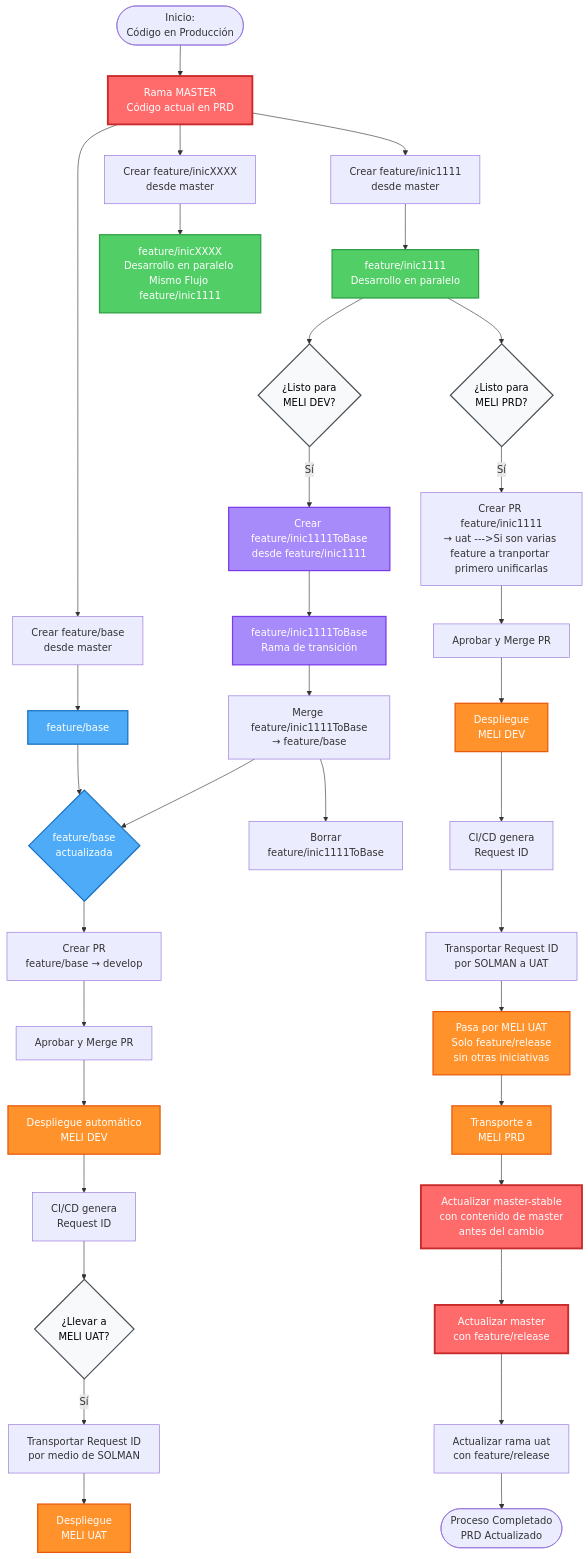
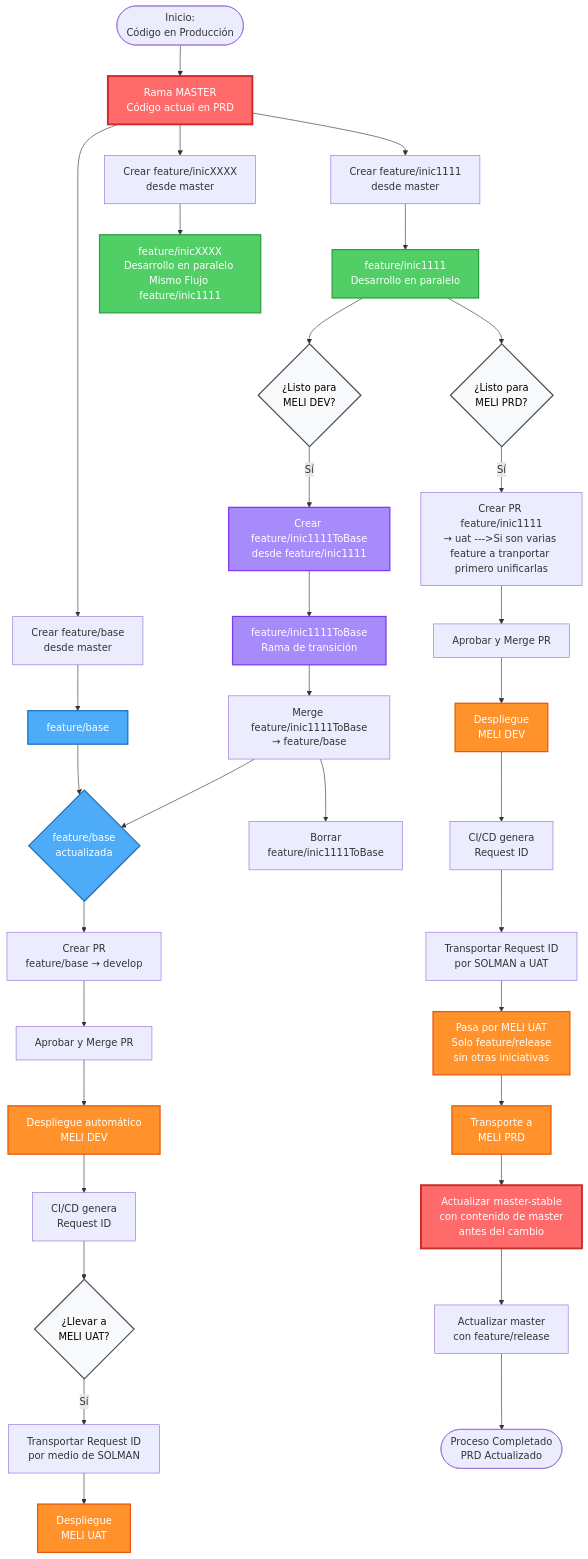
The second of 2 diagrams in flujo-github-paralelo.md (jajaramillo/flujo-github-paralelo), drawn with Mermaid before and after one commit.

Commit message:
Refactor update flow in GitHub process diagram

````diff
--- a/flujo-github-paralelo.md
+++ b/flujo-github-paralelo.md
@@ -85,72 +85,71 @@
 ```mermaid
 flowchart TD
     Start([Inicio:<br/>Código en Producción]) --> Master[Rama MASTER<br/>Código actual en PRD]
     
     
     Master --> CreateBase[Crear feature/base<br/>desde master]
     Master --> CreateDev1[Crear feature/inic1111<br/>desde master]    
     Master --> CreateDevN[Crear feature/inicXXXX<br/>desde master]
        
     CreateBase --> Base[feature/base]
     CreateDev1 --> Dev1[feature/inic1111<br/>Desarrollo en paralelo]    
     CreateDevN --> DevN[feature/inicXXXX<br/>Desarrollo en paralelo Mismo Flujo feature/inic1111]
     
     %% Flujo para MELI DEV
     Dev1 --> DecisionDev1{¿Listo para<br/>MELI DEV?}
     DecisionDev1 -->|Sí| CreateTrans1[Crear feature/inic1111ToBase<br/>desde feature/inic1111]
     CreateTrans1 --> Trans1[feature/inic1111ToBase<br/>Rama de transición]
     Trans1 --> MergeToBase1[Merge feature/inic1111ToBase<br/>→ feature/base]
     
           
     Base --> BaseLista
     MergeToBase1 --> BaseLista{feature/base<br/>actualizada}
     MergeToBase1 --> DeleteTrans1[Borrar<br/>feature/inic1111ToBase]
     
     BaseLista --> PRDev[Crear PR<br/>feature/base → develop]
     PRDev --> ApproveDev[Aprobar y Merge PR]
     ApproveDev --> DeployDev[Despliegue automático<br/>MELI DEV]
     DeployDev --> RequestIDDev[CI/CD genera<br/>Request ID]
     
     %% Flujo para MELI UAT
     RequestIDDev --> DecisionUAT{¿Llevar a<br/>MELI UAT?}
     DecisionUAT -->|Sí| TransportUAT[Transportar Request ID<br/>por medio de SOLMAN]
     TransportUAT --> DeployUAT[Despliegue<br/>MELI UAT]
     
     %% Flujo para MELI PRD
     Dev1 --> DecisionPRD1{¿Listo para<br/>MELI PRD?}
         
     
     DecisionPRD1 -->|Sí| PRProd[Crear PR feature/inic1111<br/>→ uat --->Si son varias feature a tranportar primero unificarlas]      
     
     PRProd --> ApproveProd[Aprobar y Merge PR]
     ApproveProd --> DeployDevProd[Despliegue<br/>MELI DEV]
     DeployDevProd --> RequestIDProd[CI/CD genera<br/>Request ID]
     
     RequestIDProd --> TransportProd[Transportar Request ID<br/>por SOLMAN a UAT]
     TransportProd --> UATCheck[Pasa por MELI UAT<br/>Solo feature/release<br/>sin otras iniciativas]
     UATCheck --> TransportPRD[Transporte a<br/>MELI PRD]
     
     %% Actualización post-producción
     TransportPRD --> UpdateStable[Actualizar master-stable<br/>con contenido de master<br/>antes del cambio]
-    UpdateStable --> UpdateMaster[Actualizar master<br/>con feature/release]
-    UpdateMaster --> UpdateUAT[Actualizar rama uat<br/>con feature/release]
-    
+    UpdateStable --> UpdateUAT[Actualizar master<br/>con feature/release]
+        
     UpdateUAT --> End([Proceso Completado<br/>PRD Actualizado])
     
     %% Estilos
     classDef masterStyle fill:#ff6b6b,stroke:#c92a2a,stroke-width:3px,color:#fff
     classDef baseStyle fill:#4dabf7,stroke:#1971c2,stroke-width:2px,color:#fff
     classDef devStyle fill:#51cf66,stroke:#2f9e44,stroke-width:2px,color:#fff
     classDef releaseStyle fill:#ffd43b,stroke:#fab005,stroke-width:3px,color:#000
     classDef transStyle fill:#a78bfa,stroke:#7c3aed,stroke-width:2px,color:#fff
     classDef deployStyle fill:#ff922b,stroke:#e8590c,stroke-width:2px,color:#fff
     classDef decisionStyle fill:#f8f9fa,stroke:#495057,stroke-width:2px,color:#000
     
     class Master,UpdateMaster,UpdateStable masterStyle
     class Base,BaseLista baseStyle
     class Dev1,DevN devStyle
     class Release,ReleaseLista releaseStyle
     class Trans1,CreateTrans1 transStyle
     class DeployDev,DeployUAT,DeployDevProd,TransportPRD,UATCheck deployStyle
     class DecisionDev1,DecisionUAT,DecisionPRD1 decisionStyle
   ```
````
